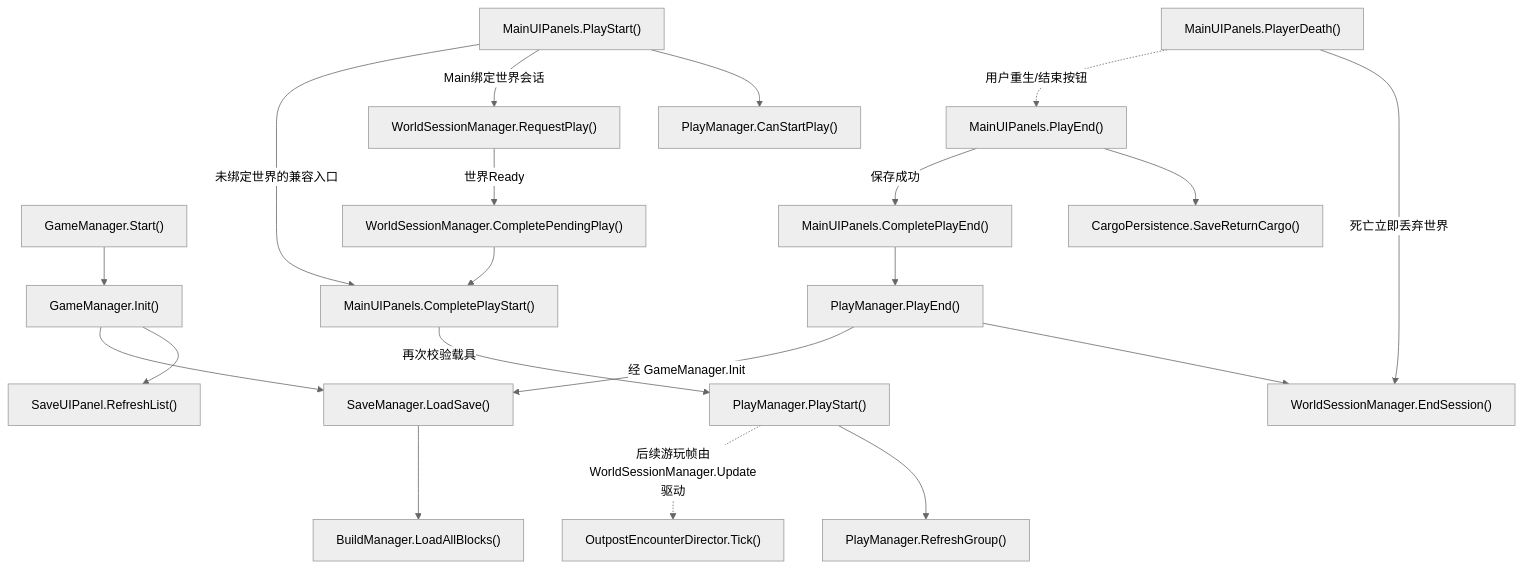
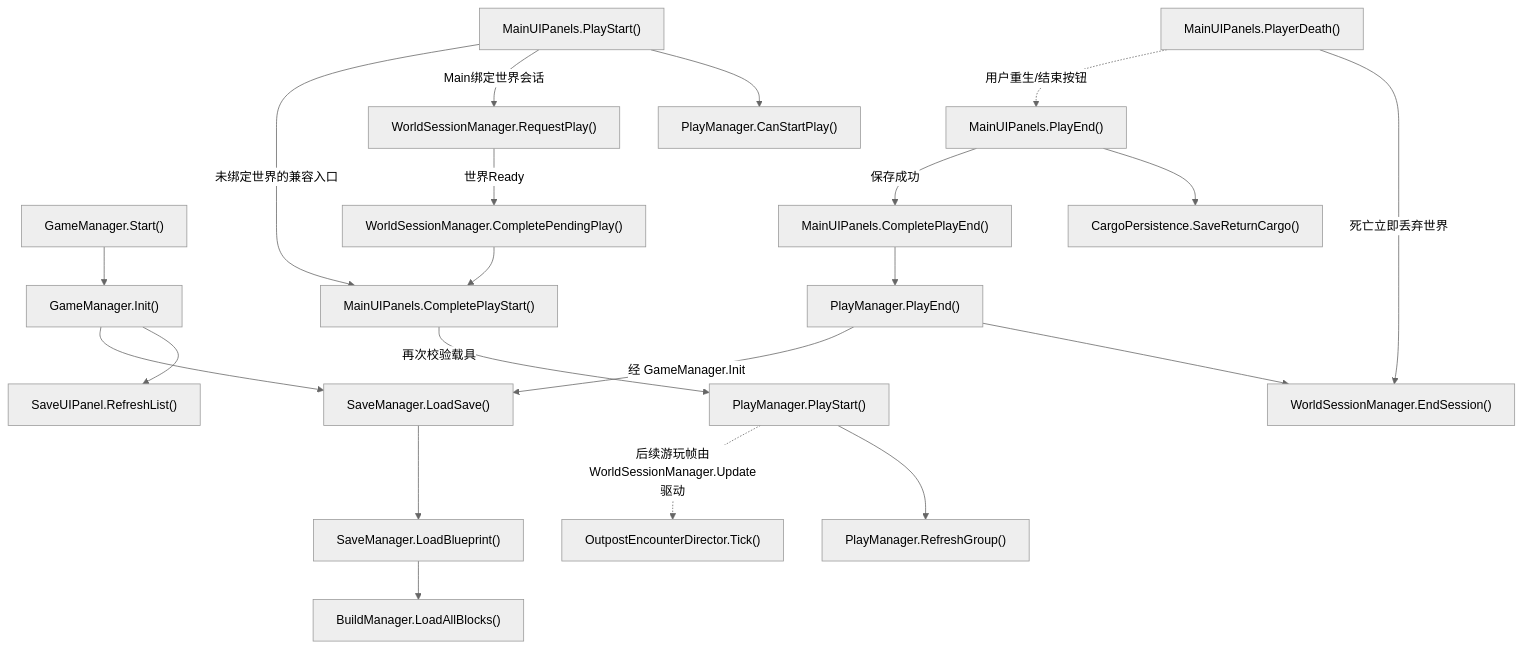
Before and after one commit to kukudia/HY-Sandbox: the third of 44 diagrams in Docs/RuntimeFlow.md, drawn with Mermaid (neutral theme). The commit also changed other lines of this file and 61 other files, not shown here.

````diff
--- a/Docs/RuntimeFlow.md
+++ b/Docs/RuntimeFlow.md
@@ -105,60 +224,63 @@
 ```mermaid
 flowchart TD
     A["GameManager.Start()"]
     click A "../Assets/Scripts/Features/Bootstrap/GameManager.cs#L15" "打开源码"
     B["GameManager.Init()"]
     click B "../Assets/Scripts/Features/Bootstrap/GameManager.cs#L20" "打开源码"
     C["SaveUIPanel.RefreshList()"]
     click C "../Assets/Scripts/Features/Building/Interface/SaveUIPanel.cs#L17" "打开源码"
     D["SaveManager.LoadSave()"]
-    click D "../Assets/Scripts/Features/Building/SaveManager.cs#L283" "打开源码"
+    click D "../Assets/Scripts/Features/Building/SaveManager.cs#L278" "打开源码"
     E["BuildManager.LoadAllBlocks()"]
     click E "../Assets/Scripts/Features/Building/BuildManager.cs#L606" "打开源码"
     F["MainUIPanels.PlayStart()"]
     click F "../Assets/Scripts/Features/Presentation/Interface/MainUIPanels.cs#L233" "打开源码"
     G["PlayManager.CanStartPlay()"]
     click G "../Assets/Scripts/Features/Simulation/PlayManager.cs#L148" "打开源码"
     H["PlayManager.PlayStart()"]
     click H "../Assets/Scripts/Features/Simulation/PlayManager.cs#L100" "打开源码"
     I["PlayManager.RefreshGroup()"]
     click I "../Assets/Scripts/Features/Simulation/PlayManager.cs#L183" "打开源码"
     J["OutpostEncounterDirector.Tick()"]
     click J "../Assets/Scripts/Features/World/Outposts/OutpostEncounterDirector.cs#L51" "打开源码"
     K["MainUIPanels.PlayEnd()"]
     click K "../Assets/Scripts/Features/Presentation/Interface/MainUIPanels.cs#L281" "打开源码"
     L["CargoPersistence.SaveReturnCargo()"]
     click L "../Assets/Scripts/Features/Salvage/Cargo/CargoPersistence.cs#L11" "打开源码"
     M["PlayManager.PlayEnd()"]
     click M "../Assets/Scripts/Features/Simulation/PlayManager.cs#L285" "打开源码"
     N["MainUIPanels.PlayerDeath()"]
     click N "../Assets/Scripts/Features/Presentation/Interface/MainUIPanels.cs#L307" "打开源码"
     O["WorldSessionManager.RequestPlay()"]
     click O "../Assets/Scripts/Features/World/WorldSessionManager.cs#L174" "打开源码"
     P["WorldSessionManager.CompletePendingPlay()"]
     click P "../Assets/Scripts/Features/World/WorldSessionManager.cs#L197" "打开源码"
     Q["MainUIPanels.CompletePlayStart()"]
     click Q "../Assets/Scripts/Features/Presentation/Interface/MainUIPanels.cs#L261" "打开源码"
     R["MainUIPanels.CompletePlayEnd()"]
     click R "../Assets/Scripts/Features/Presentation/Interface/MainUIPanels.cs#L297" "打开源码"
     S["WorldSessionManager.EndSession()"]
     click S "../Assets/Scripts/Features/World/WorldSessionManager.cs#L306" "打开源码"
+    T["SaveManager.LoadBlueprint()"]
+    click T "../Assets/Scripts/Features/Building/SaveManager.cs#L288" "打开源码"
     A --> B
     B --> C
     B --> D
-    D --> E
+    D --> T
+    T --> E
     F --> G
     F -->|Main绑定世界会话| O
     O -->|世界Ready| P
     P --> Q
     Q -->|再次校验载具| H
     F -->|未绑定世界的兼容入口| Q
     H --> I
     H -.->|后续游玩帧由WorldSessionManager.Update驱动| J
     K --> L
     K -->|保存成功| R
     R --> M
     M --> S
     M -->|经 GameManager.Init| D
     N -->|死亡立即丢弃世界| S
     N -.->|用户重生/结束按钮| K
 ```
````
